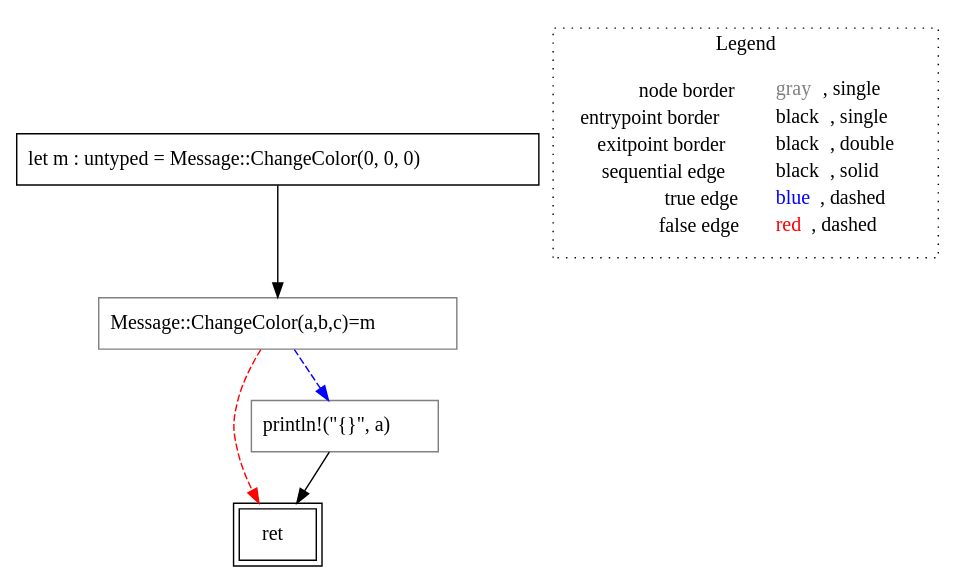
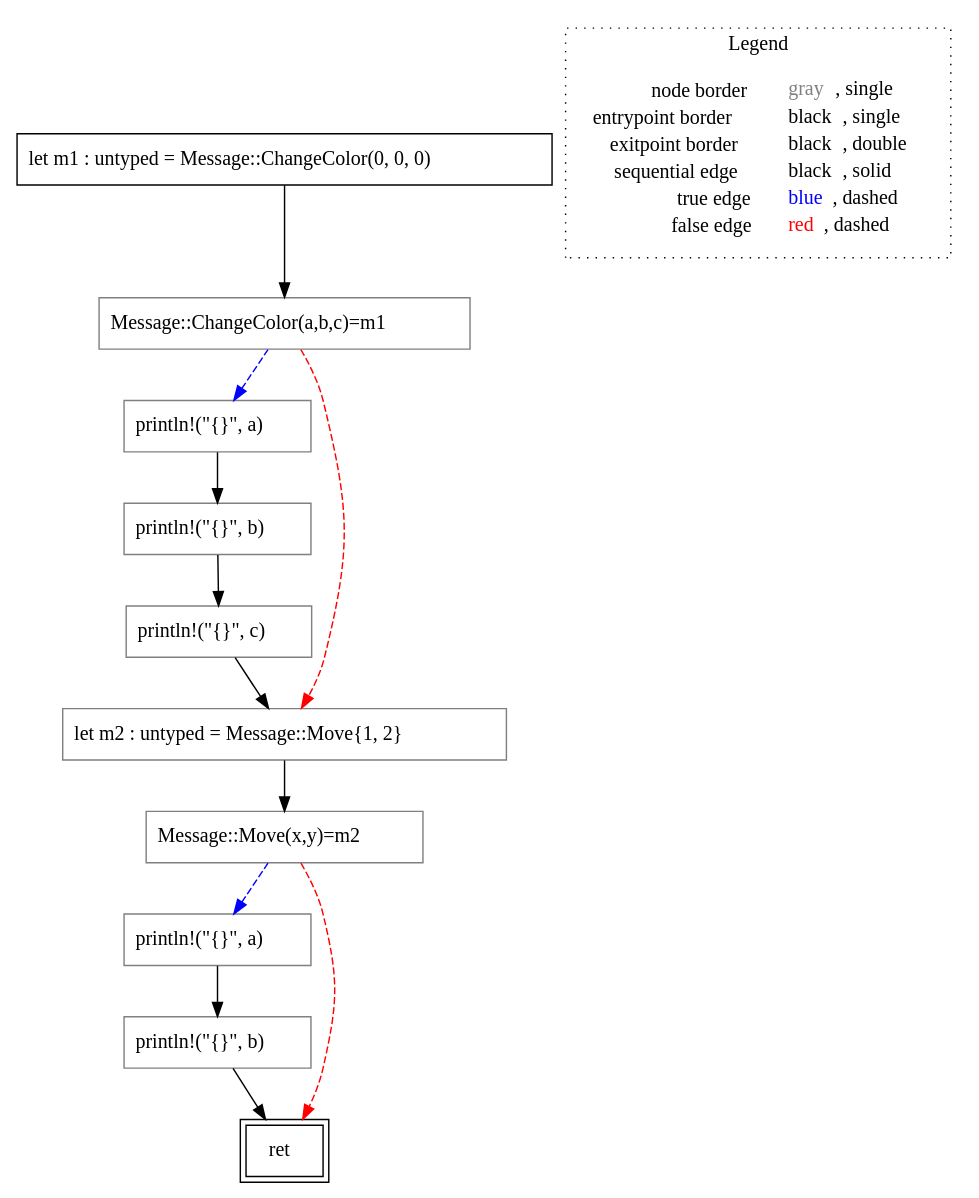
Before and after one commit to VincenzoArceri/rust-lisa: the diagram in rust-lisa/rust-testcases/cfg/simple-if-let/()_rust-testcases_cfg_simple-if-let_simple-if-let.rs.main().dot, drawn with Graphviz. The commit also changed 1 other file, not shown here.

Commit message:
#32 strengthen if-let test

```diff
--- a/rust-lisa/rust-testcases/cfg/simple-if-let/()_rust-testcases_cfg_simple-if-let_simple-if-let.rs.main().dot
+++ b/rust-lisa/rust-testcases/cfg/simple-if-let/()_rust-testcases_cfg_simple-if-let_simple-if-let.rs.main().dot
@@ -1,17 +1,30 @@
 digraph {
-	"node0" [shape="rect",color="black",label=<let m : untyped = Message::ChangeColor(0, 0, 0)>];
-	"node1" [shape="rect",color="black",peripheries="2",label=<ret>];
-	"node2" [shape="rect",color="gray",label=<println!(&quot;{}&quot;, a)>];
-	"node3" [shape="rect",color="gray",label=<Message::ChangeColor(a,b,c)=m>];
-	"node0" -> "node3" [color="black"];
-	"node2" -> "node1" [color="black"];
-	"node3" -> "node1" [color="red",style="dashed"];
-	"node3" -> "node2" [color="blue",style="dashed"];
+	"node0" [shape="rect",color="black",label=<let m1 : untyped = Message::ChangeColor(0, 0, 0)>];
+	"node1" [shape="rect",color="gray",label=<println!(&quot;{}&quot;, a)>];
+	"node2" [shape="rect",color="gray",label=<println!(&quot;{}&quot;, c)>];
+	"node3" [shape="rect",color="black",peripheries="2",label=<ret>];
+	"node4" [shape="rect",color="gray",label=<println!(&quot;{}&quot;, a)>];
+	"node5" [shape="rect",color="gray",label=<let m2 : untyped = Message::Move{1, 2}>];
+	"node6" [shape="rect",color="gray",label=<println!(&quot;{}&quot;, b)>];
+	"node7" [shape="rect",color="gray",label=<Message::Move(x,y)=m2>];
+	"node8" [shape="rect",color="gray",label=<Message::ChangeColor(a,b,c)=m1>];
+	"node9" [shape="rect",color="gray",label=<println!(&quot;{}&quot;, b)>];
+	"node1" -> "node9" [color="black"];
+	"node2" -> "node5" [color="black"];
+	"node0" -> "node8" [color="black"];
+	"node4" -> "node6" [color="black"];
+	"node5" -> "node7" [color="black"];
+	"node6" -> "node2" [color="black"];
+	"node7" -> "node1" [color="blue",style="dashed"];
+	"node7" -> "node3" [color="red",style="dashed"];
+	"node8" -> "node5" [color="red",style="dashed"];
+	"node8" -> "node4" [color="blue",style="dashed"];
+	"node9" -> "node3" [color="black"];
 subgraph cluster_legend {
 	label="Legend";
 	style=dotted;
 	node [shape=plaintext];
 	"legend" [label=<<table border="0" cellpadding="2" cellspacing="0" cellborder="0"><tr><td align="right">node border&nbsp;</td><td align="left"><font color="gray">gray</font>, single</td></tr><tr><td align="right">entrypoint border&nbsp;</td><td align="left"><font color="black">black</font>, single</td></tr><tr><td align="right">exitpoint border&nbsp;</td><td align="left"><font color="black">black</font>, double</td></tr><tr><td align="right">sequential edge&nbsp;</td><td align="left"><font color="black">black</font>, solid</td></tr><tr><td align="right">true edge&nbsp;</td><td align="left"><font color="blue">blue</font>, dashed</td></tr><tr><td align="right">false edge&nbsp;</td><td align="left"><font color="red">red</font>, dashed</td></tr></table>>];
 }
 
 }
```
